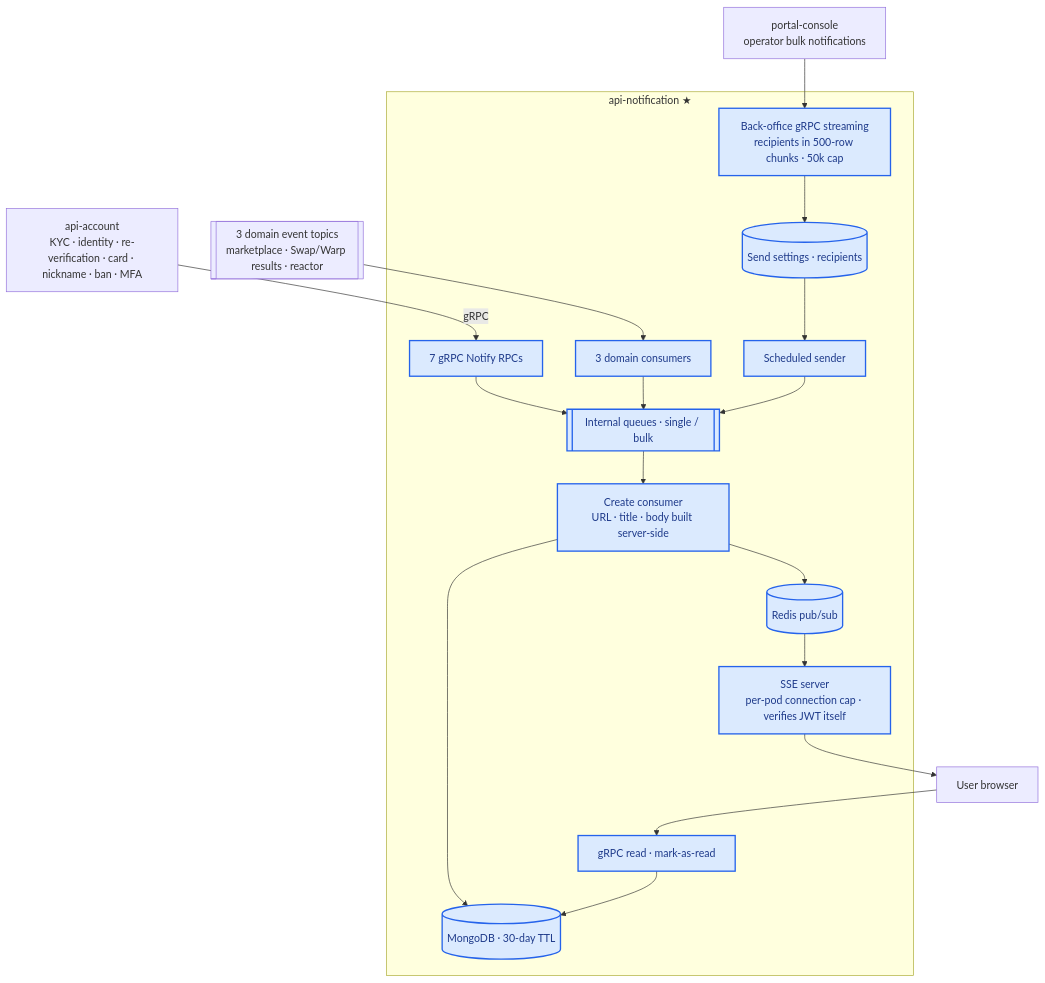
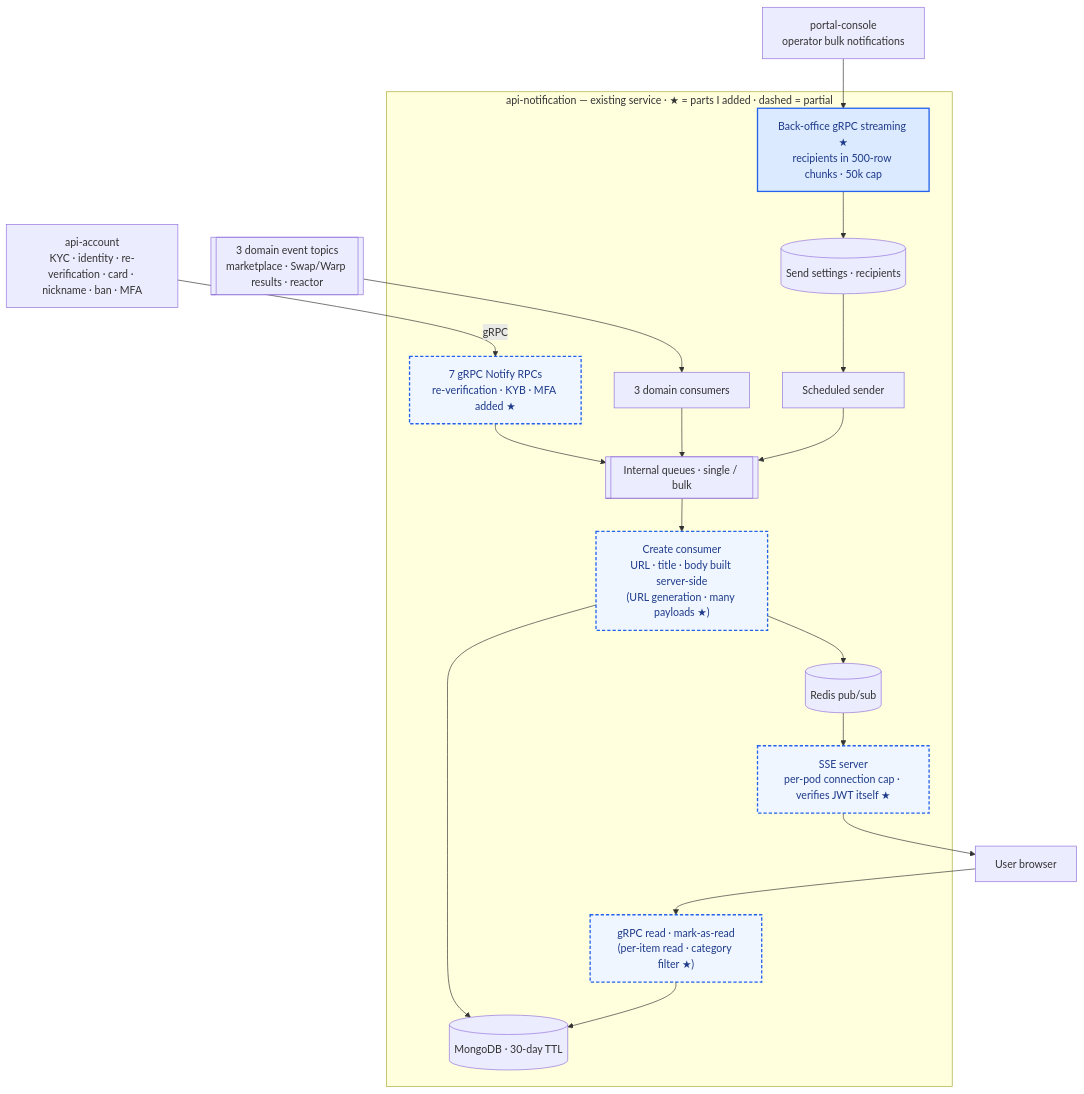
One commit to shalwxy/career changed the diagram in content/diagrams/notification.en.mmd. Above: the diagram before and after it, drawn with Mermaid. The commit also changed 18 other files, not shown here.

```diff
--- a/content/diagrams/notification.en.mmd
+++ b/content/diagrams/notification.en.mmd
@@ -1,27 +1,29 @@
 %% title: Unified notifications — SSE and bulk-recipient streaming
 flowchart TB
     AC[api-account<br/>KYC · identity · re-verification · card · nickname · ban · MFA]
     K[[3 domain event topics<br/>marketplace · Swap/Warp results · reactor]]
     CON[portal-console<br/>operator bulk notifications]
-    subgraph NT[api-notification ★]
-        G1[7 gRPC Notify RPCs]
+    subgraph NT["api-notification — existing service · ★ = parts I added · dashed = partial"]
+        G1["7 gRPC Notify RPCs<br/>re-verification · KYB · MFA added ★"]
         C[3 domain consumers]
         Q[[Internal queues · single / bulk]]
-        CR[Create consumer<br/>URL · title · body built server-side]
+        CR["Create consumer<br/>URL · title · body built server-side<br/>(URL generation · many payloads ★)"]
         DB[(MongoDB · 30-day TTL)]
         PS[(Redis pub/sub)]
-        SSE[SSE server<br/>per-pod connection cap · verifies JWT itself]
-        G[gRPC read · mark-as-read]
-        ST[Back-office gRPC streaming<br/>recipients in 500-row chunks · 50k cap]
+        SSE["SSE server<br/>per-pod connection cap · verifies JWT itself ★"]
+        G["gRPC read · mark-as-read<br/>(per-item read · category filter ★)"]
+        ST["Back-office gRPC streaming ★<br/>recipients in 500-row chunks · 50k cap"]
         SCH[Scheduled sender]
         RDB[(Send settings · recipients)]
     end
     U[User browser]
     AC -- gRPC --> G1 --> Q
     K --> C --> Q
     Q --> CR --> DB
     CR --> PS --> SSE --> U
     U --> G --> DB
     CON --> ST --> RDB --> SCH --> Q
     classDef mine fill:#dbeafe,stroke:#2563eb,stroke-width:2px,color:#1e3a8a
-    class G1,C,Q,CR,DB,PS,SSE,G,ST,SCH,RDB mine
+    classDef part fill:#eff6ff,stroke:#2563eb,stroke-width:2px,stroke-dasharray:5 3,color:#1e3a8a
+    class ST mine
+    class G1,CR,SSE,G part
```
